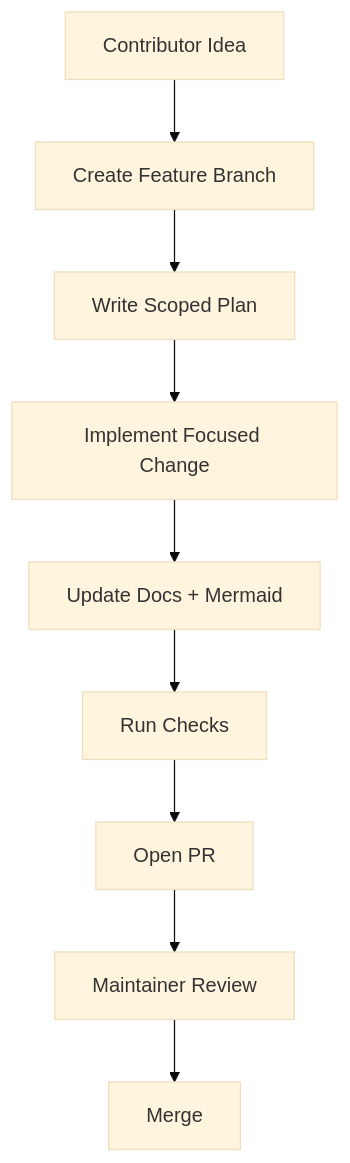
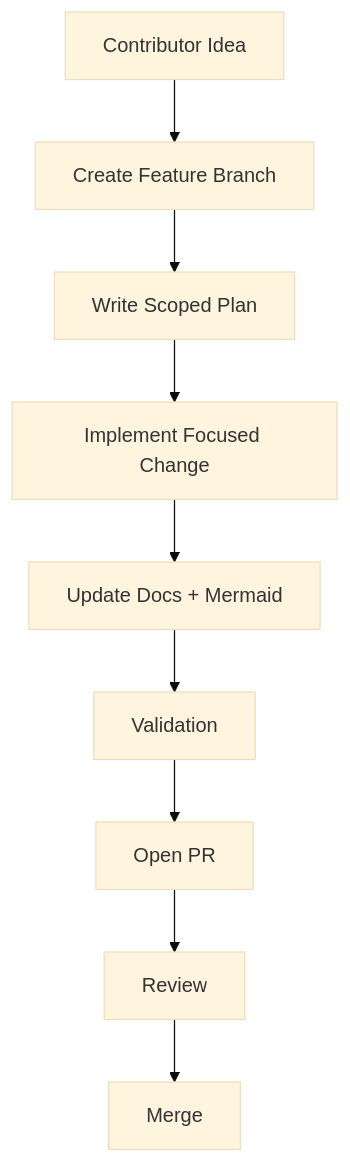
Before and after one commit to charleanpoor507/repo-hc: the first of 2 diagrams in docs/mermaid/workflow-community-pr-lifecycle.md, drawn with Mermaid (base theme). The commit also changed other lines of this file and 32 other files, not shown here.

Commit message:
docs: refocus repo on agent-rule workflow and add architecture docs

````diff
--- a/docs/mermaid/workflow-community-pr-lifecycle.md
+++ b/docs/mermaid/workflow-community-pr-lifecycle.md
@@ -12,11 +11,11 @@
 ```mermaid
 flowchart TD
   A["Contributor Idea"] --> B["Create Feature Branch"]
   B --> C["Write Scoped Plan"]
   C --> D["Implement Focused Change"]
   D --> E["Update Docs + Mermaid"]
-  E --> F["Run Checks"]
+  E --> F["Validation"]
   F --> G["Open PR"]
-  G --> H["Maintainer Review"]
+  G --> H["Review"]
   H --> I["Merge"]
 ```
````
